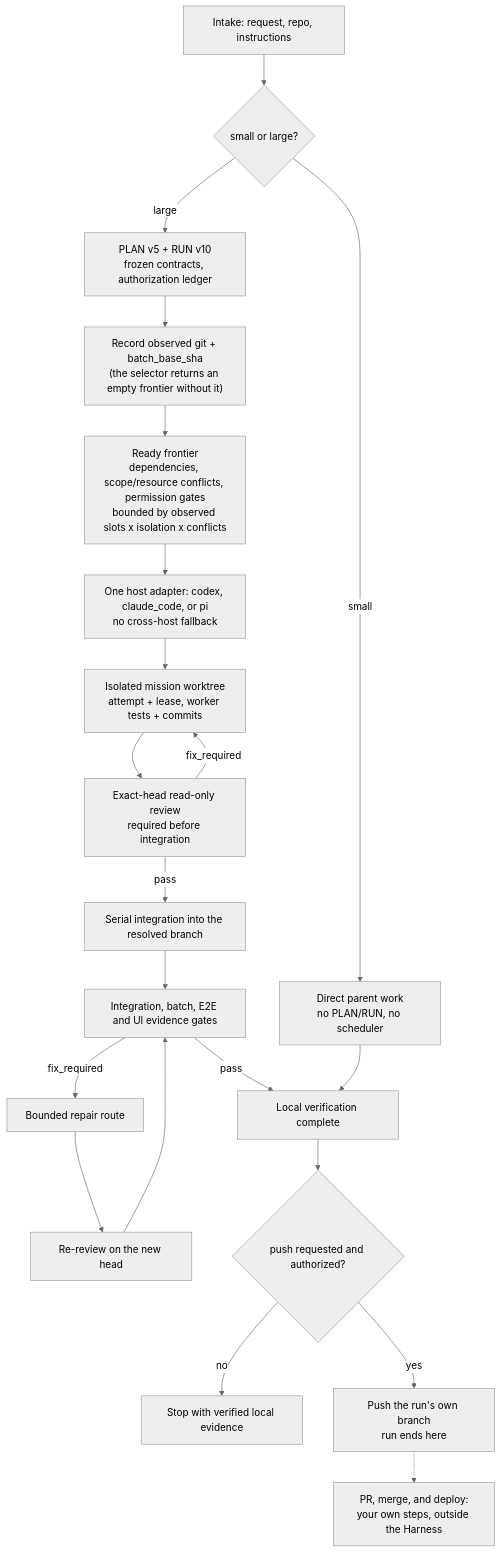
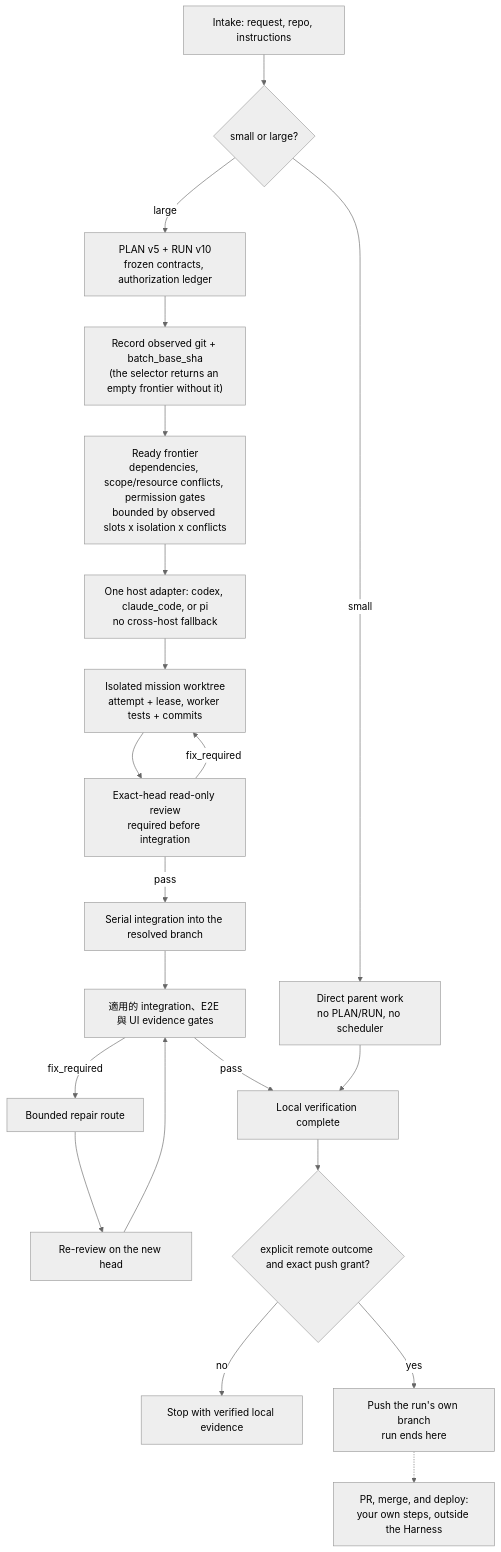
The second of 2 diagrams in README.zh-TW.md (Phlegonlabs/product-delivery-harness), drawn with Mermaid (neutral theme) before and after one commit. The commit also changed other lines of this file and 71 other files, not shown here.

````diff
--- a/README.zh-TW.md
+++ b/README.zh-TW.md
@@ -93,23 +93,23 @@
 ```mermaid
 flowchart TB
   Intake["Intake: request, repo, instructions"] --> Size{"small or large?"}
   Size -->|small| Direct["Direct parent work<br/>no PLAN/RUN, no scheduler"]
   Size -->|large| Plan["PLAN v5 + RUN v10<br/>frozen contracts, authorization ledger"]
   Plan --> Observe["Record observed git + batch_base_sha<br/>(the selector returns an empty frontier without it)"]
   Observe --> Frontier["Ready frontier<br/>dependencies, scope/resource conflicts, permission gates<br/>bounded by observed slots x isolation x conflicts"]
   Frontier --> Host["One host adapter: codex, claude_code, or pi<br/>no cross-host fallback"]
   Host --> Work["Isolated mission worktree<br/>attempt + lease, worker tests + commits"]
   Work --> Review["Exact-head read-only review<br/>required before integration"]
   Review -->|pass| Integrate["Serial integration into the resolved branch"]
   Review -->|fix_required| Work
-  Integrate --> Gates["Integration, batch, E2E and UI evidence gates"]
+  Integrate --> Gates["適用的 integration、E2E 與 UI evidence gates"]
   Gates -->|fix_required| Repair["Bounded repair route"]
   Repair --> Rereview["Re-review on the new head"]
   Rereview --> Gates
   Gates -->|pass| Local["Local verification complete"]
   Direct --> Local
-  Local --> Remote{"push requested and authorized?"}
+  Local --> Remote{"explicit remote outcome and exact push grant?"}
   Remote -->|no| Done["Stop with verified local evidence"]
   Remote -->|yes| Push["Push the run's own branch<br/>run ends here"]
   Push -.-> Yours["PR, merge, and deploy:<br/>your own steps, outside the Harness"]
 ```
````
